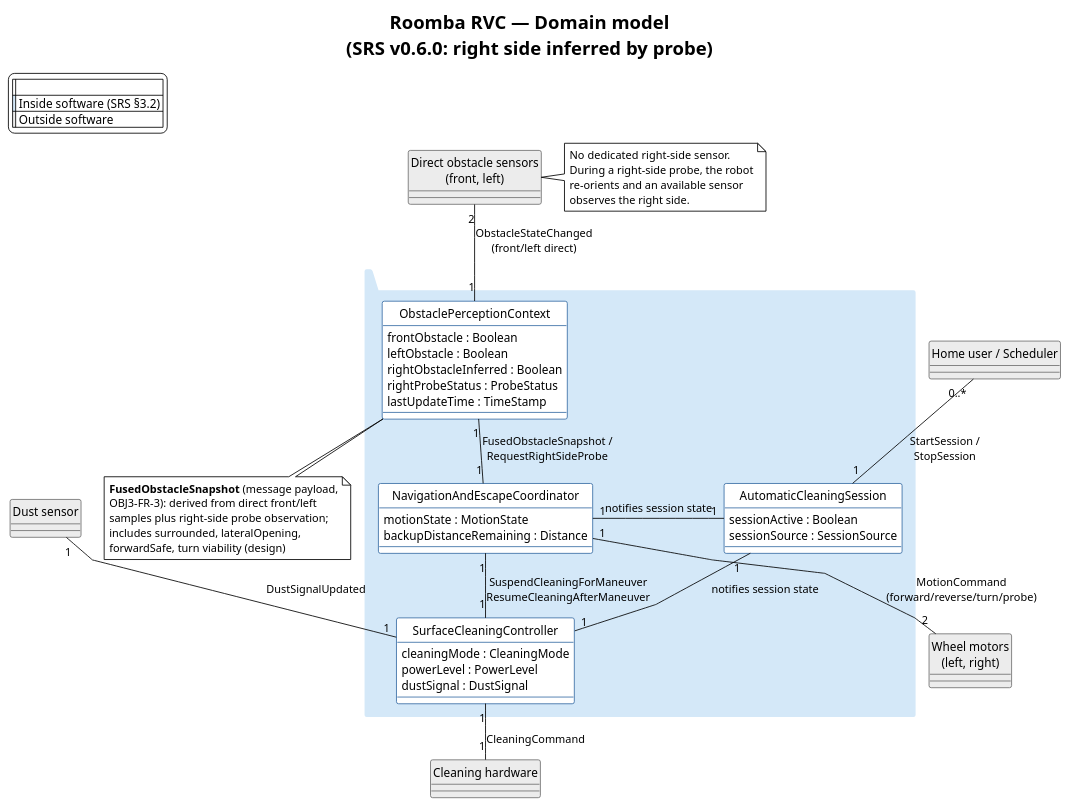
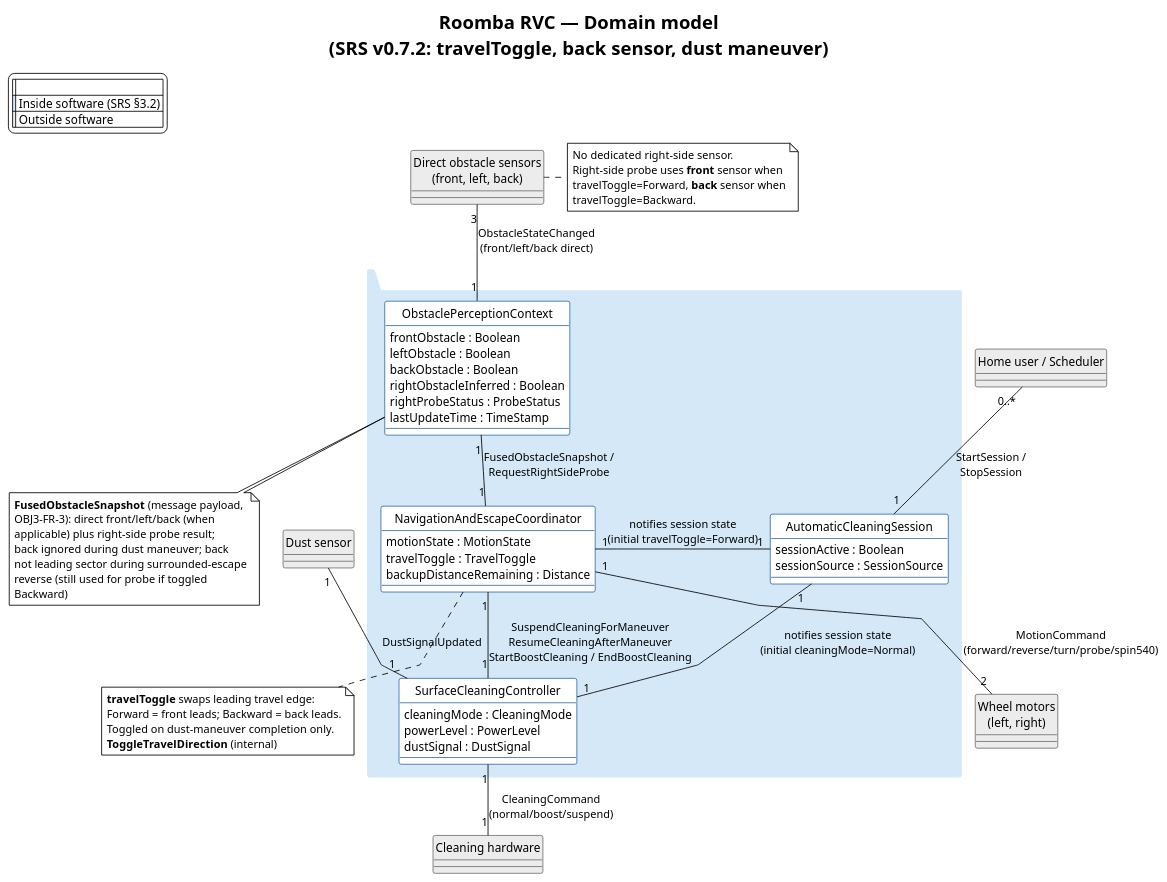
Before and after one commit to Deilise/OOAD-with-AI: the diagram in 2nd ooad/03_diagrams/domain/RVC_domain.puml, drawn with PlantUML. The commit also changed 101 other files, not shown here.

First line of the commit message:
Align RVC stack to SRS/use-case v0.7.2 (travelToggle, back sensor, dust maneuver).

```diff
--- a/2nd ooad/03_diagrams/domain/RVC_domain.puml
+++ b/2nd ooad/03_diagrams/domain/RVC_domain.puml
@@ -1,101 +1,112 @@
 @startuml RVC_domain
 !theme plain
 skinparam shadowing false
 skinparam classAttributeIconSize 0
 skinparam classIconSize 0
 skinparam linetype polyline
 skinparam nodesep 28
 skinparam ranksep 32
 skinparam ArrowThickness 1
 skinparam directionStyle none
 
-title Roomba RVC — Domain model\n(SRS v0.6.0: right side inferred by probe)
+title Roomba RVC — Domain model\n(SRS v0.7.2: travelToggle, back sensor, dust maneuver)
 
 skinparam class<<domain>> {
   BackgroundColor #FFFFFF
   BorderColor #3A6EA5
 }
 skinparam class<<external>> {
   BackgroundColor #ECECEC
   BorderColor #707070
 }
 skinparam package {
   BackgroundColor #D4E8F8
   BorderThickness 0
   FontColor transparent
 }
 
 hide circle
 hide stereotype
 
 legend top left
   |= |= |
   | <#D4E8F8> | Inside software (SRS §3.2) |
   | <#ECECEC> | Outside software |
 endlegend
 
 class "Home user / Scheduler" as User <<external>>
-class "Direct obstacle sensors\n(front, left)" as ObsHW <<external>>
+class "Direct obstacle sensors\n(front, left, back)" as ObsHW <<external>>
 class "Dust sensor" as DustHW <<external>>
 class "Wheel motors\n(left, right)" as MotionHW <<external>>
 class "Cleaning hardware" as CleanHW <<external>>
 
 package " " as InsideSW {
 
   class AutomaticCleaningSession <<domain>> {
     sessionActive : Boolean
     sessionSource : SessionSource
   }
 
   class ObstaclePerceptionContext <<domain>> {
     frontObstacle : Boolean
     leftObstacle : Boolean
+    backObstacle : Boolean
     rightObstacleInferred : Boolean
     rightProbeStatus : ProbeStatus
     lastUpdateTime : TimeStamp
   }
 
   class NavigationAndEscapeCoordinator <<domain>> {
     motionState : MotionState
+    travelToggle : TravelToggle
     backupDistanceRemaining : Distance
   }
 
   class SurfaceCleaningController <<domain>> {
     cleaningMode : CleaningMode
     powerLevel : PowerLevel
     dustSignal : DustSignal
   }
 }
 
 User "0..*" -down- "1" AutomaticCleaningSession : StartSession /\nStopSession
 
-ObsHW "2" -down- "1" ObstaclePerceptionContext : ObstacleStateChanged\n(front/left direct)
+ObsHW "3" -down- "1" ObstaclePerceptionContext : ObstacleStateChanged\n(front/left/back direct)
 
 DustHW "1" -down- "1" SurfaceCleaningController : DustSignalUpdated
 
-AutomaticCleaningSession "1" -right- "1" NavigationAndEscapeCoordinator : notifies session state
-AutomaticCleaningSession "1" -left- "1" SurfaceCleaningController : notifies session state
+AutomaticCleaningSession "1" -right- "1" NavigationAndEscapeCoordinator : notifies session state\n(initial travelToggle=Forward)
+AutomaticCleaningSession "1" -left- "1" SurfaceCleaningController : notifies session state\n(initial cleaningMode=Normal)
 
 ObstaclePerceptionContext "1" -down- "1" NavigationAndEscapeCoordinator : FusedObstacleSnapshot /\nRequestRightSideProbe
 
-NavigationAndEscapeCoordinator "1" -down- "1" SurfaceCleaningController : SuspendCleaningForManeuver\nResumeCleaningAfterManeuver
+NavigationAndEscapeCoordinator "1" -down- "1" SurfaceCleaningController : SuspendCleaningForManeuver\nResumeCleaningAfterManeuver\nStartBoostCleaning / EndBoostCleaning
 
-NavigationAndEscapeCoordinator "1" -down- "2" MotionHW : MotionCommand\n(forward/reverse/turn/probe)
-SurfaceCleaningController "1" -down- "1" CleanHW : CleaningCommand
+NavigationAndEscapeCoordinator "1" -down- "2" MotionHW : MotionCommand\n(forward/reverse/turn/probe/spin540)
+SurfaceCleaningController "1" -down- "1" CleanHW : CleaningCommand\n(normal/boost/suspend)
 
 note bottom of ObstaclePerceptionContext
   **FusedObstacleSnapshot** (message payload,
-  OBJ3-FR-3): derived from direct front/left
-  samples plus right-side probe observation;
-  includes surrounded, lateralOpening,
-  forwardSafe, turn viability (design)
+  OBJ3-FR-3): direct front/left/back (when
+  applicable) plus right-side probe result;
+  back ignored during dust maneuver; back
+  not leading sector during surrounded-escape
+  reverse (still used for probe if toggled
+  Backward)
+end note
+
+note bottom of NavigationAndEscapeCoordinator
+  **travelToggle** swaps leading travel edge:
+  Forward = front leads; Backward = back leads.
+  Toggled on dust-maneuver completion only.
+  **ToggleTravelDirection** (internal)
 end note
 
 note right of ObsHW
   No dedicated right-side sensor.
-  During a right-side probe, the robot
-  re-orients and an available sensor
-  observes the right side.
+  Right-side probe uses **front** sensor when
+  travelToggle=Forward, **back** sensor when
+  travelToggle=Backward.
 end note
 
 @enduml
```
